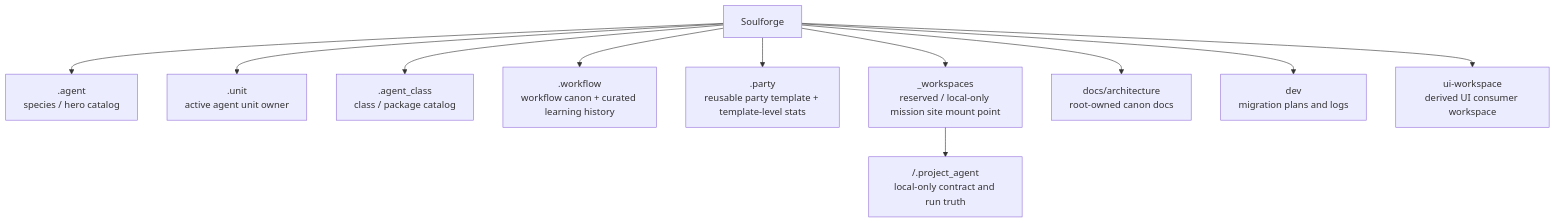
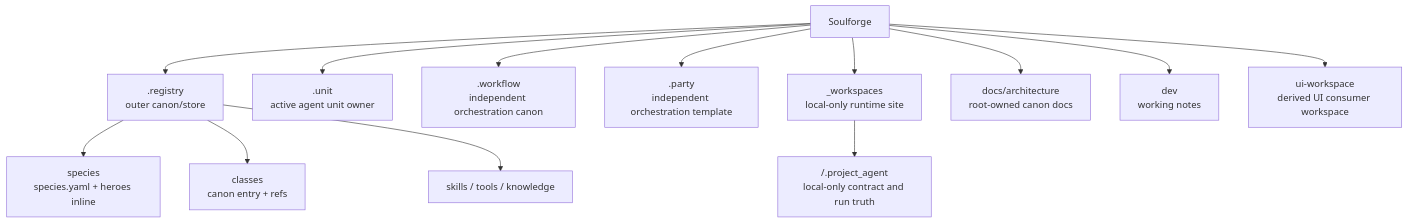
The diagram in README.md (SungYongMOON/soulforge), drawn with Mermaid before and after one commit. The commit also changed other lines of this file and 70 other files, not shown here.

Commit message:
arch: registry cutover with schema and minimal samples

````diff
--- a/README.md
+++ b/README.md
@@ -18,13 +17,15 @@
 ```mermaid
 flowchart TD
-  S["Soulforge"] --> A[".agent<br/>species / hero catalog"]
+  S["Soulforge"] --> R[".registry<br/>outer canon/store"]
+  R --> RS["species<br/>species.yaml + heroes inline"]
+  R --> RC["classes<br/>canon entry + refs"]
+  R --> RK["skills / tools / knowledge"]
   S --> U[".unit<br/>active agent unit owner"]
-  S --> C[".agent_class<br/>class / package catalog"]
-  S --> W[".workflow<br/>workflow canon + curated learning history"]
-  S --> P[".party<br/>reusable party template + template-level stats"]
-  S --> M["_workspaces<br/>reserved / local-only mission site mount point"]
+  S --> W[".workflow<br/>independent orchestration canon"]
+  S --> P[".party<br/>independent orchestration template"]
+  S --> M["_workspaces<br/>local-only runtime site"]
   S --> D["docs/architecture<br/>root-owned canon docs"]
-  S --> V["dev<br/>migration plans and logs"]
+  S --> V["dev<br/>working notes"]
   S --> UI["ui-workspace<br/>derived UI consumer workspace"]
   M --> PA["<project_code>/.project_agent<br/>local-only contract and run truth"]
 ```
````
